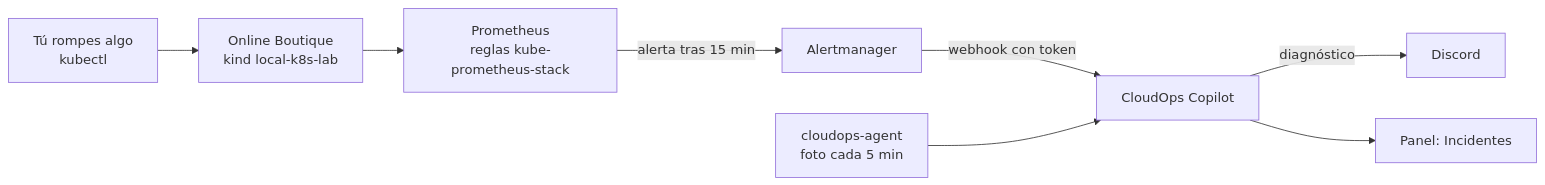
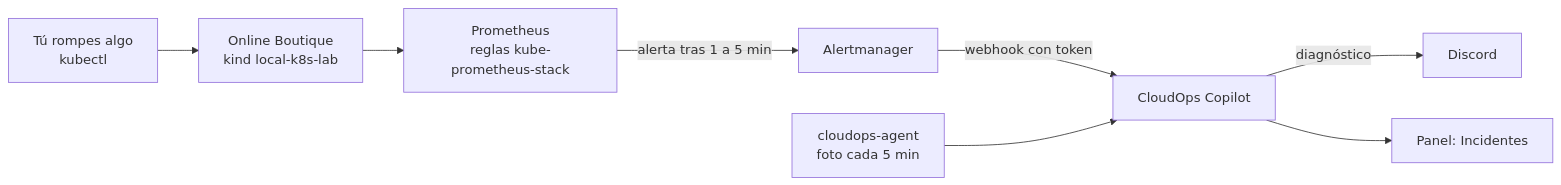
One commit to miguelortiz13/cloudops-copilot changed the diagram in docs/labs/incidentes.md. Above: the diagram before and after it, drawn with Mermaid. The commit also changed other lines of this file and 6 other files, not shown here.

````diff
--- a/docs/labs/incidentes.md
+++ b/docs/labs/incidentes.md
@@ -7,10 +7,10 @@
 ```mermaid
 flowchart LR
     TU[Tú rompes algo<br/>kubectl] --> K8S[Online Boutique<br/>kind local-k8s-lab]
     K8S --> PROM[Prometheus<br/>reglas kube-prometheus-stack]
-    PROM -->|alerta tras 15 min| AM[Alertmanager]
+    PROM -->|alerta tras 1 a 5 min| AM[Alertmanager]
     AM -->|webhook con token| CO[CloudOps Copilot]
     AGENTE[cloudops-agent<br/>foto cada 5 min] --> CO
     CO -->|diagnóstico| DIS[Discord]
     CO --> PANEL[Panel: Incidentes]
 ```
````
